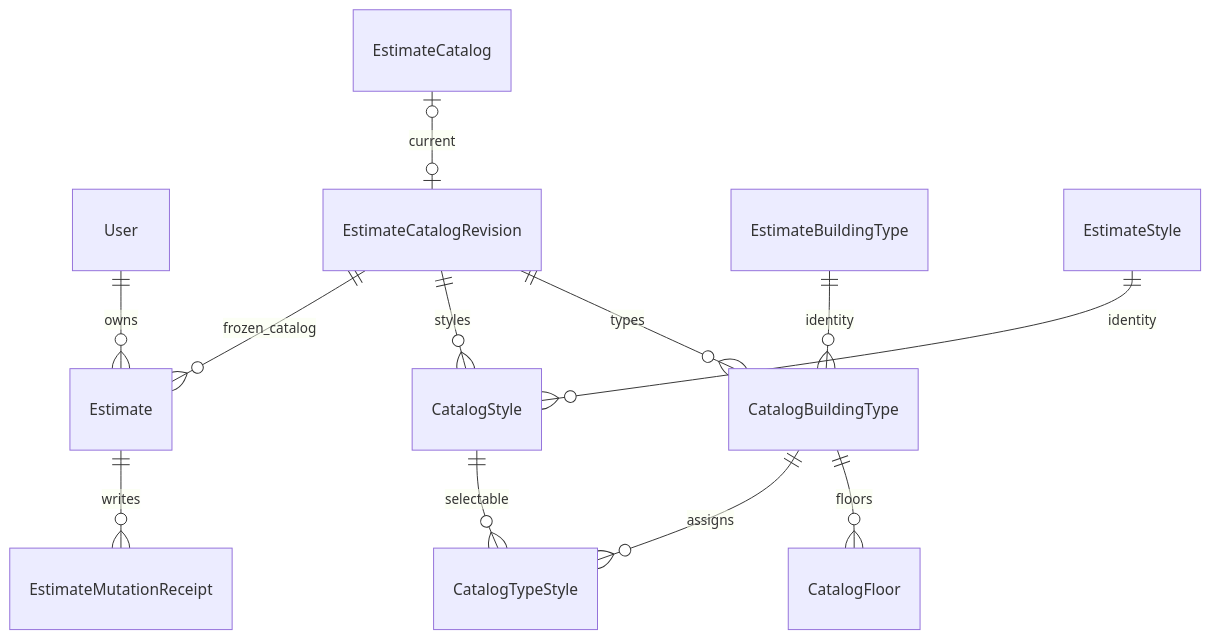
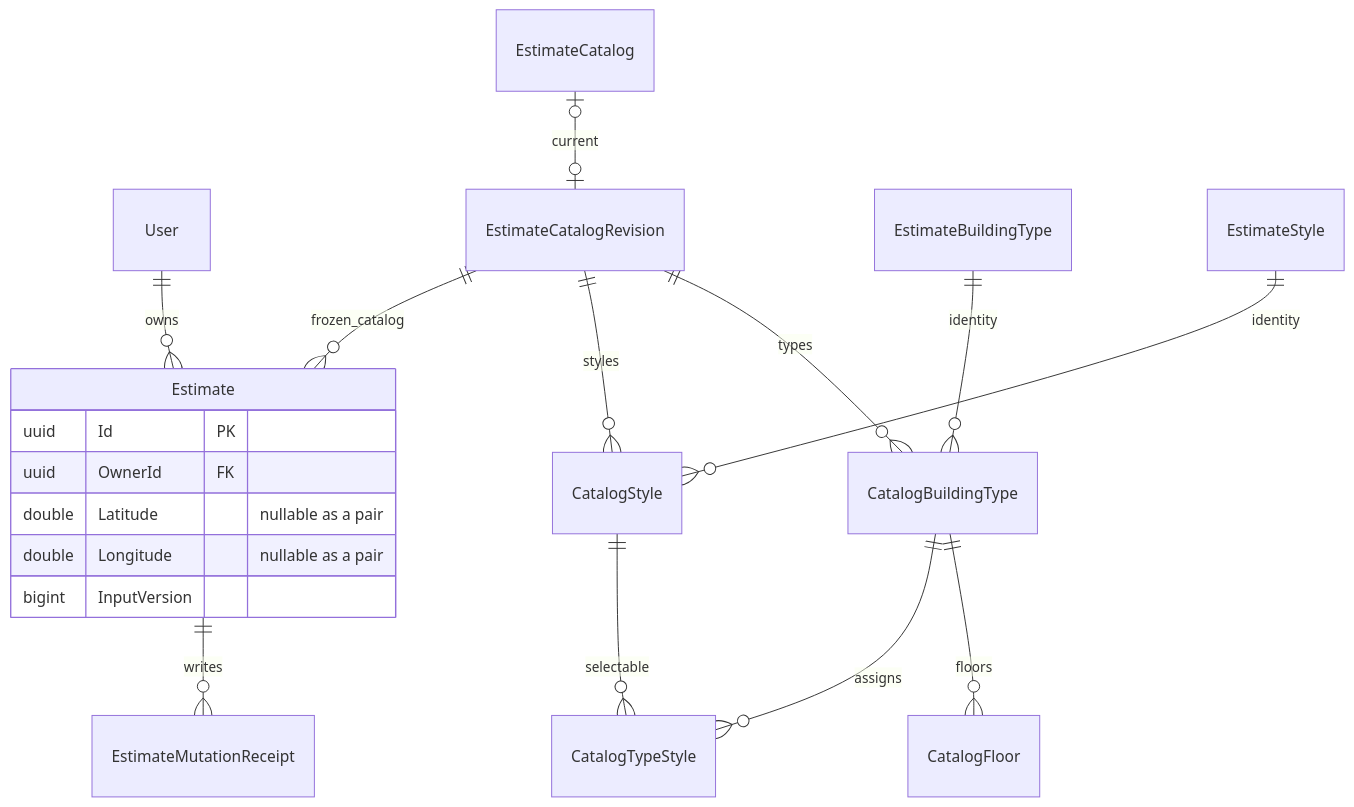
Before and after one commit to TaskCoper/bmt-documentation: the sixth of 6 diagrams in tdd/TDD-PROJ-001.md, drawn with Mermaid. The commit also changed other lines of this file and 709 other files, not shown here.

````diff
--- a/tdd/TDD-PROJ-001.md
+++ b/tdd/TDD-PROJ-001.md
@@ -292,14 +399,21 @@
 ```mermaid
 erDiagram
     User ||--o{ Estimate : owns
     EstimateCatalog o|--o| EstimateCatalogRevision : current
     EstimateCatalogRevision ||--o{ CatalogBuildingType : types
     EstimateCatalogRevision ||--o{ CatalogStyle : styles
     EstimateBuildingType ||--o{ CatalogBuildingType : identity
     EstimateStyle ||--o{ CatalogStyle : identity
     CatalogBuildingType ||--o{ CatalogFloor : floors
     CatalogBuildingType ||--o{ CatalogTypeStyle : assigns
     CatalogStyle ||--o{ CatalogTypeStyle : selectable
     EstimateCatalogRevision ||--o{ Estimate : frozen_catalog
     Estimate ||--o{ EstimateMutationReceipt : writes
+    Estimate {
+        uuid Id PK
+        uuid OwnerId FK
+        double Latitude "nullable as a pair"
+        double Longitude "nullable as a pair"
+        bigint InputVersion
+    }
 ```
````
